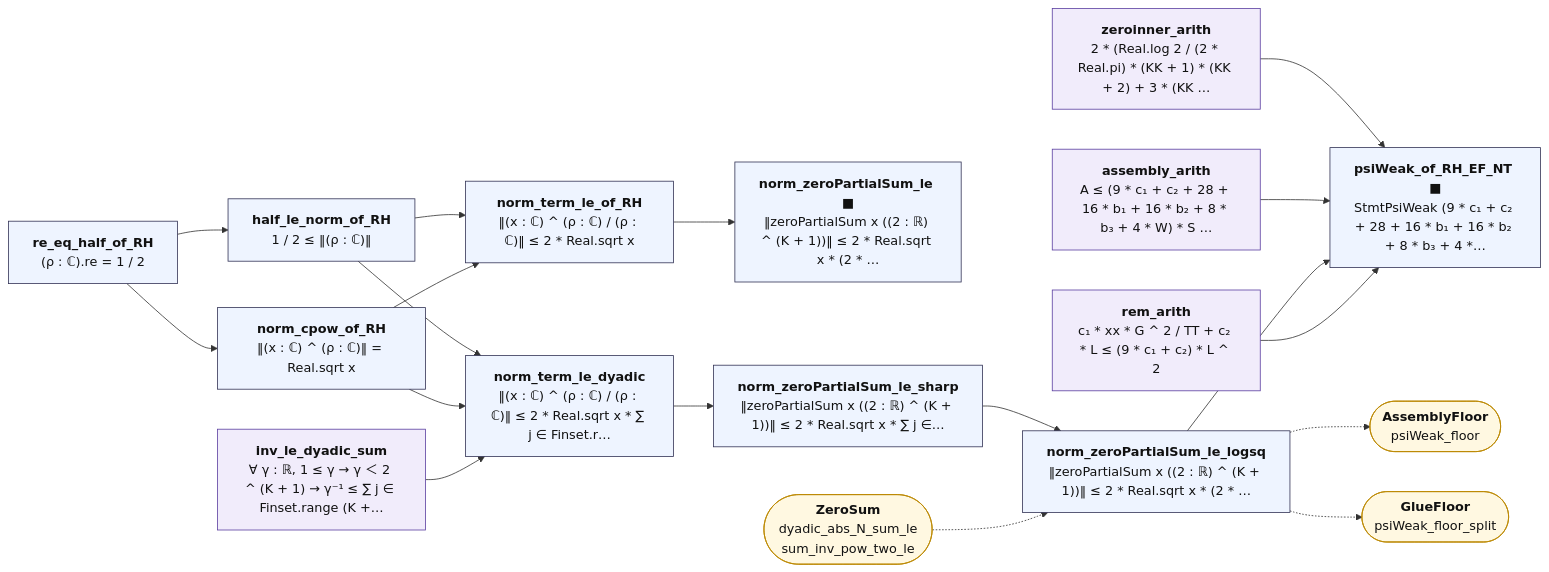
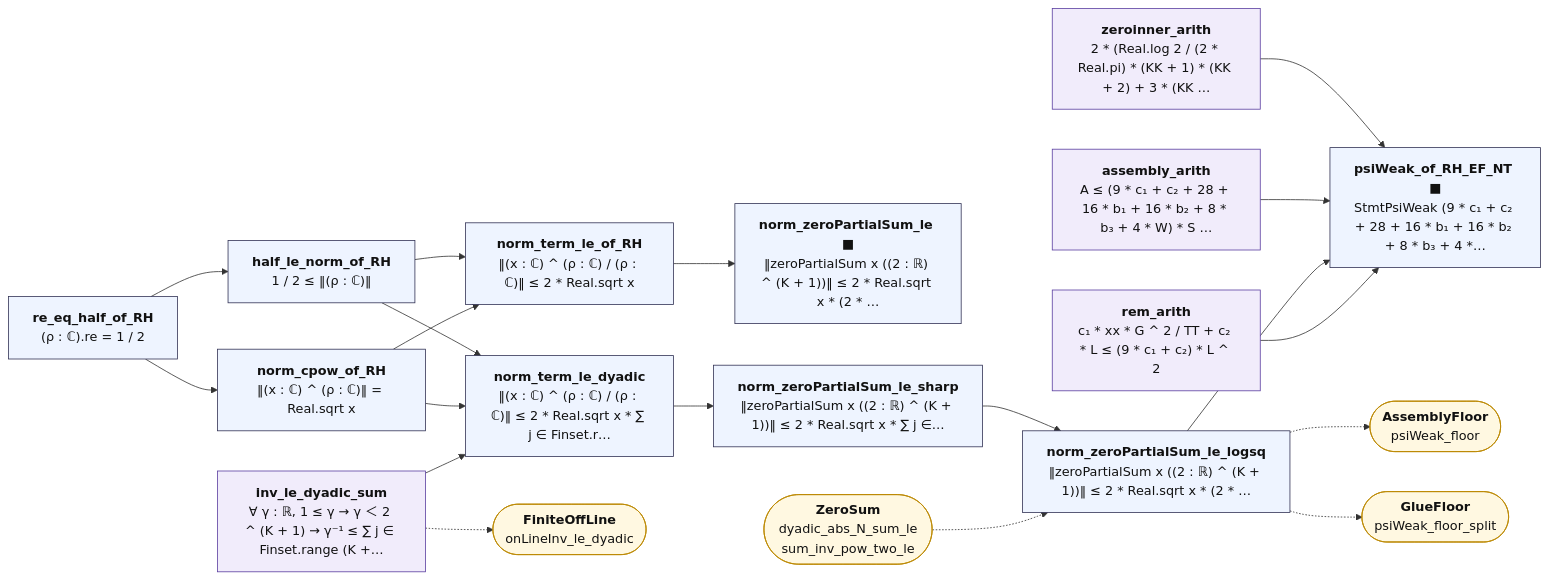
One commit to juliansambranojr/Primebeat_081426 changed the diagram in map/lean_stage3/Assembly.md. Above: the diagram before and after it, drawn with Mermaid. The commit also changed other lines of this file and 54 other files, not shown here.

````diff
--- a/map/lean_stage3/Assembly.md
+++ b/map/lean_stage3/Assembly.md
@@ -12,44 +12,46 @@
 ```mermaid
 flowchart LR
   n0["<b>re_eq_half_of_RH</b><br/>(ρ : ℂ).re = 1 / 2"]:::thm
   n1["<b>half_le_norm_of_RH</b><br/>1 / 2 ≤ ‖(ρ : ℂ)‖"]:::thm
   n2["<b>norm_cpow_of_RH</b><br/>‖(x : ℂ) ^ (ρ : ℂ)‖ = Real.sqrt x"]:::thm
   n3["<b>norm_term_le_of_RH</b><br/>‖(x : ℂ) ^ (ρ : ℂ) / (ρ : ℂ)‖ ≤ 2 * Real.sqrt x"]:::thm
   n4["<b>norm_zeroPartialSum_le ■</b><br/>‖zeroPartialSum x ((2 : ℝ) ^ (K + 1))‖ ≤ 2 * Real.sqrt x * (2 * …"]:::thm
   n5["<b>inv_le_dyadic_sum</b><br/>∀ γ : ℝ, 1 ≤ γ → γ ＜ 2 ^ (K + 1) → γ⁻¹ ≤ ∑ j ∈ Finset.range (K +…"]:::shp
   n6["<b>norm_term_le_dyadic</b><br/>‖(x : ℂ) ^ (ρ : ℂ) / (ρ : ℂ)‖ ≤ 2 * Real.sqrt x * ∑ j ∈ Finset.r…"]:::thm
   n7["<b>norm_zeroPartialSum_le_sharp</b><br/>‖zeroPartialSum x ((2 : ℝ) ^ (K + 1))‖ ≤ 2 * Real.sqrt x * ∑ j ∈…"]:::thm
   n8["<b>norm_zeroPartialSum_le_logsq</b><br/>‖zeroPartialSum x ((2 : ℝ) ^ (K + 1))‖ ≤ 2 * Real.sqrt x * (2 * …"]:::thm
   n9["<b>rem_arith</b><br/>c₁ * xx * G ^ 2 / TT + c₂ * L ≤ (9 * c₁ + c₂) * L ^ 2"]:::shp
   n10["<b>zeroinner_arith</b><br/>2 * (Real.log 2 / (2 * Real.pi) * (KK + 1) * (KK + 2) + 3 * (KK …"]:::shp
   n11["<b>assembly_arith</b><br/>A ≤ (9 * c₁ + c₂ + 28 + 16 * b₁ + 16 * b₂ + 8 * b₃ + 4 * W) * S …"]:::shp
   n12["<b>psiWeak_of_RH_EF_NT ■</b><br/>StmtPsiWeak (9 * c₁ + c₂ + 28 + 16 * b₁ + 16 * b₂ + 8 * b₃ + 4 *…"]:::thm
-  x0(["<b>ZeroSum</b><br/>dyadic_abs_N_sum_le<br/>sum_inv_pow_two_le"]):::ext
-  x1(["<b>AssemblyFloor</b><br/>psiWeak_floor"]):::ext
-  x2(["<b>GlueFloor</b><br/>psiWeak_floor_split"]):::ext
+  x0(["<b>FiniteOffLine</b><br/>onLineInv_le_dyadic"]):::ext
+  x1(["<b>ZeroSum</b><br/>dyadic_abs_N_sum_le<br/>sum_inv_pow_two_le"]):::ext
+  x2(["<b>AssemblyFloor</b><br/>psiWeak_floor"]):::ext
+  x3(["<b>GlueFloor</b><br/>psiWeak_floor_split"]):::ext
   n0 --> n1
   n0 --> n2
   n1 --> n3
   n1 --> n6
   n10 --> n12
   n11 --> n12
   n2 --> n3
   n2 --> n6
   n3 --> n4
   n5 --> n6
   n6 --> n7
   n7 --> n8
   n8 --> n12
   n9 --> n12
-  n8 -.-> x1
+  n5 -.-> x0
   n8 -.-> x2
-  x0 -.-> n8
+  n8 -.-> x3
+  x1 -.-> n8
   classDef cnt fill:#dff5ec,stroke:#17694a,color:#111
   classDef shp fill:#f1ecfb,stroke:#5b3fa0,color:#111
   classDef rh fill:#ffe5e5,stroke:#c22,color:#111,stroke-width:2px
   classDef thm fill:#eef4ff,stroke:#335,color:#111
   classDef end_ fill:#e7f7e7,stroke:#2a7,color:#111,stroke-width:2px
   classDef lone fill:#fff,stroke:#999,color:#111,stroke-dasharray:4 3
   classDef bad fill:#ffe5e5,stroke:#c22,color:#111,stroke-width:2px
   classDef ext fill:#fff8e1,stroke:#b80,color:#111
 ```
````
